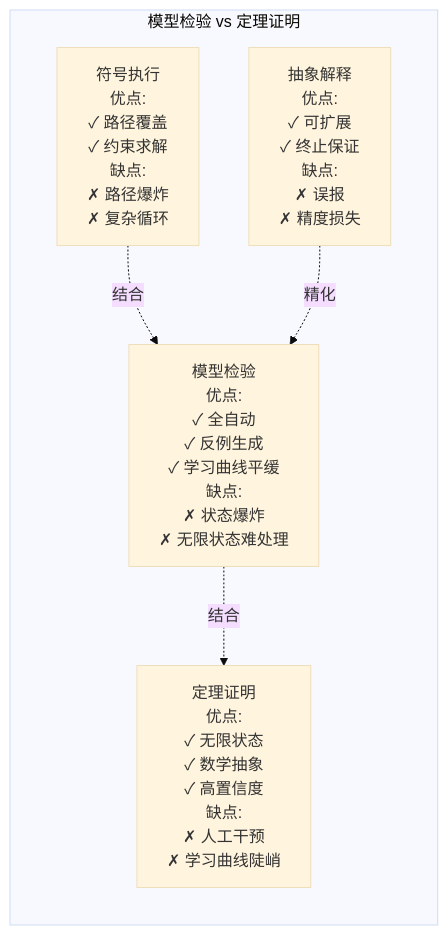
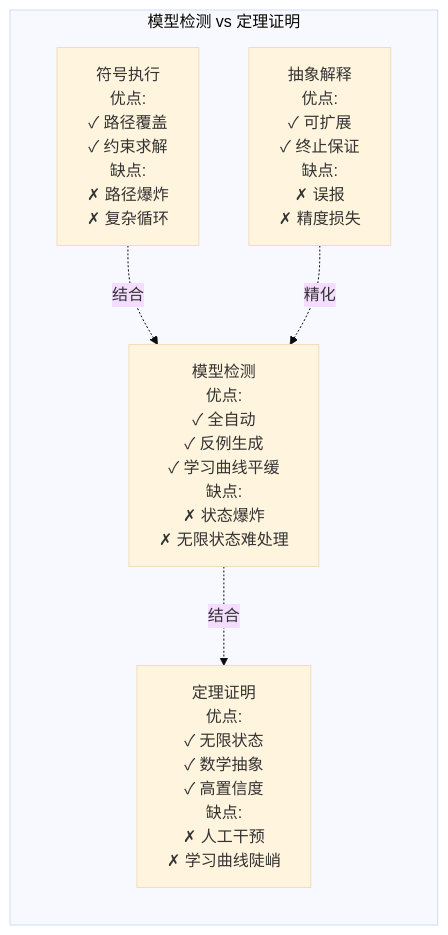
Before and after one commit to AdaMartin18010/AnalysisDataFlow: the third of 4 diagrams in formal-methods/COMPARISON-TOOLS.md, drawn with Mermaid (base theme). The commit also changed other lines of this file and 129 other files, not shown here.

````diff
--- a/formal-methods/COMPARISON-TOOLS.md
+++ b/formal-methods/COMPARISON-TOOLS.md
@@ -455,44 +455,44 @@
 ```mermaid
 flowchart LR
-    subgraph "模型检验 vs 定理证明"
+    subgraph "模型检测 vs 定理证明"
     direction TB
 
-    MC[模型检验
+    MC[模型检测
     优点:
     ✓ 全自动
     ✓ 反例生成
     ✓ 学习曲线平缓
     缺点:
     ✗ 状态爆炸
     ✗ 无限状态难处理]
 
     TP[定理证明
     优点:
     ✓ 无限状态
     ✓ 数学抽象
     ✓ 高置信度
     缺点:
     ✗ 人工干预
     ✗ 学习曲线陡峭]
 
     SE[符号执行
     优点:
     ✓ 路径覆盖
     ✓ 约束求解
     缺点:
     ✗ 路径爆炸
     ✗ 复杂循环]
 
     AI[抽象解释
     优点:
     ✓ 可扩展
     ✓ 终止保证
     缺点:
     ✗ 误报
     ✗ 精度损失]
     end
 
     MC -.->|结合| TP
     SE -.->|结合| MC
     AI -.->|精化| MC
 ```
````
